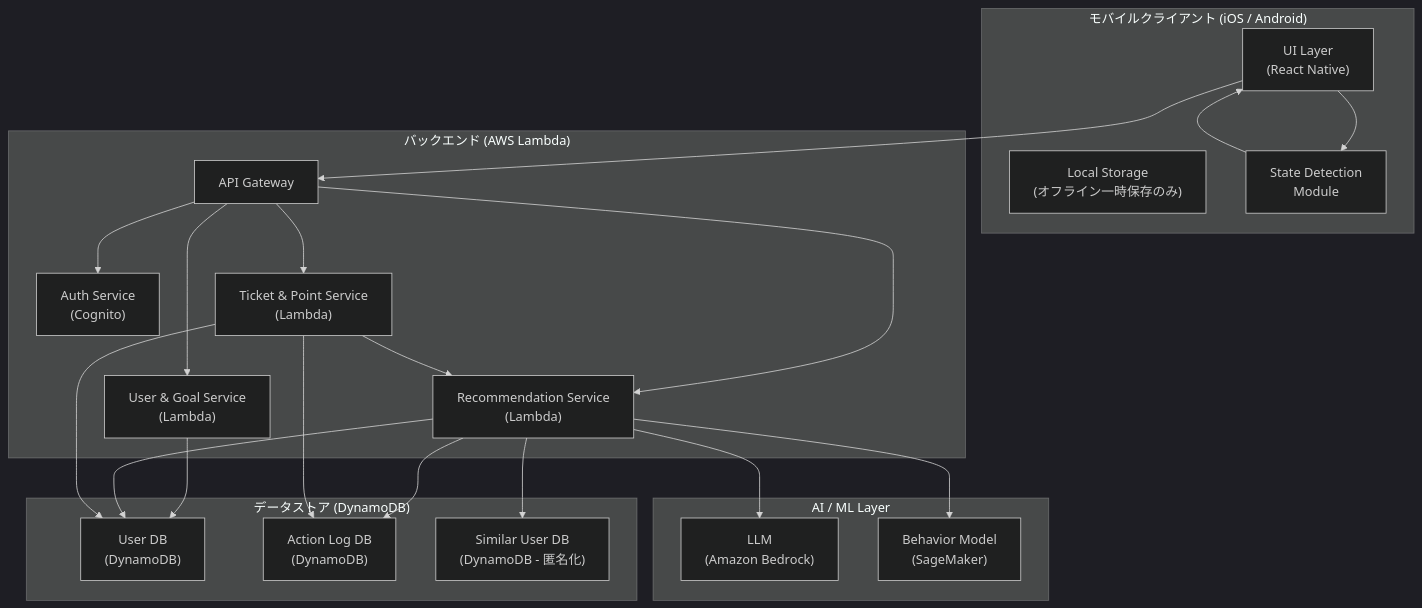
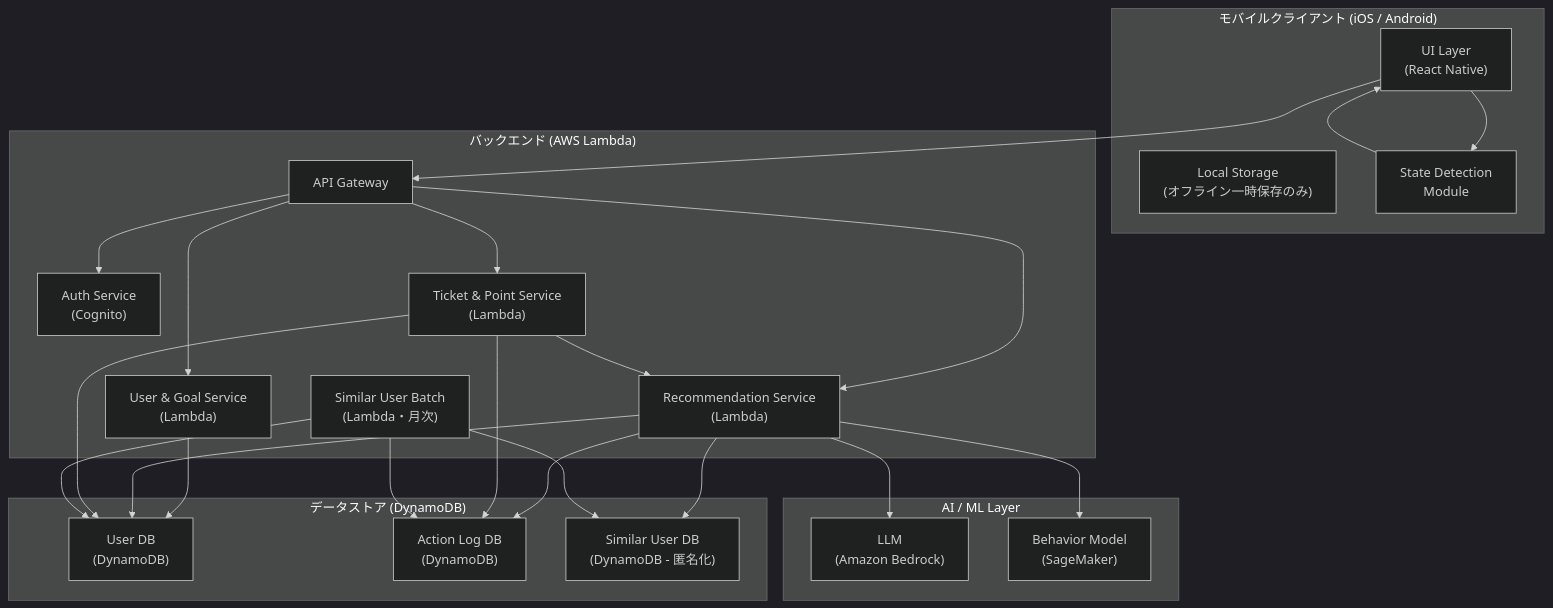
The first of 4 diagrams in .kiro/specs/anti-habit-app/design.md (aws-dlc-hackathon-team-a/team-a), drawn with Mermaid (dark theme) before and after one commit. The commit also changed other lines of this file and 1 other file, not shown here.

Commit message:
SimilarUserBatchじゃ月次(月初)バッチにした

````diff
--- a/.kiro/specs/anti-habit-app/design.md
+++ b/.kiro/specs/anti-habit-app/design.md
@@ -27,44 +27,48 @@
 ```mermaid
 graph TB
     subgraph Client["モバイルクライアント (iOS / Android)"]
         UI["UI Layer\n(React Native)"]
         LocalDB["Local Storage\n(オフライン一時保存のみ)"]
         StateDetect["State Detection\nModule"]
     end
 
     subgraph Backend["バックエンド (AWS Lambda)"]
         APIGW["API Gateway"]
         AuthSvc["Auth Service\n(Cognito)"]
         UserGoalSvc["User & Goal Service\n(Lambda)"]
         RecommendSvc["Recommendation Service\n(Lambda)"]
         TicketPointSvc["Ticket & Point Service\n(Lambda)"]
+        SimilarUserBatch["Similar User Batch\n(Lambda・月次)"]
     end
 
     subgraph AI["AI / ML Layer"]
         LLM["LLM\n(Amazon Bedrock)"]
         MLModel["Behavior Model\n(SageMaker)"]
     end
 
     subgraph DataStore["データストア (DynamoDB)"]
         UserDB["User DB\n(DynamoDB)"]
         ActionLogDB["Action Log DB\n(DynamoDB)"]
         SimilarUserDB["Similar User DB\n(DynamoDB - 匿名化)"]
     end
 
     UI --> StateDetect
     UI --> APIGW
     StateDetect --> UI
     APIGW --> AuthSvc
     APIGW --> UserGoalSvc
     APIGW --> RecommendSvc
     APIGW --> TicketPointSvc
     UserGoalSvc --> UserDB
     RecommendSvc --> UserDB
     RecommendSvc --> ActionLogDB
     RecommendSvc --> SimilarUserDB
     RecommendSvc --> LLM
     RecommendSvc --> MLModel
     TicketPointSvc --> ActionLogDB
     TicketPointSvc --> UserDB
     TicketPointSvc --> RecommendSvc
+    SimilarUserBatch --> ActionLogDB
+    SimilarUserBatch --> UserDB
+    SimilarUserBatch --> SimilarUserDB
 ```
````
